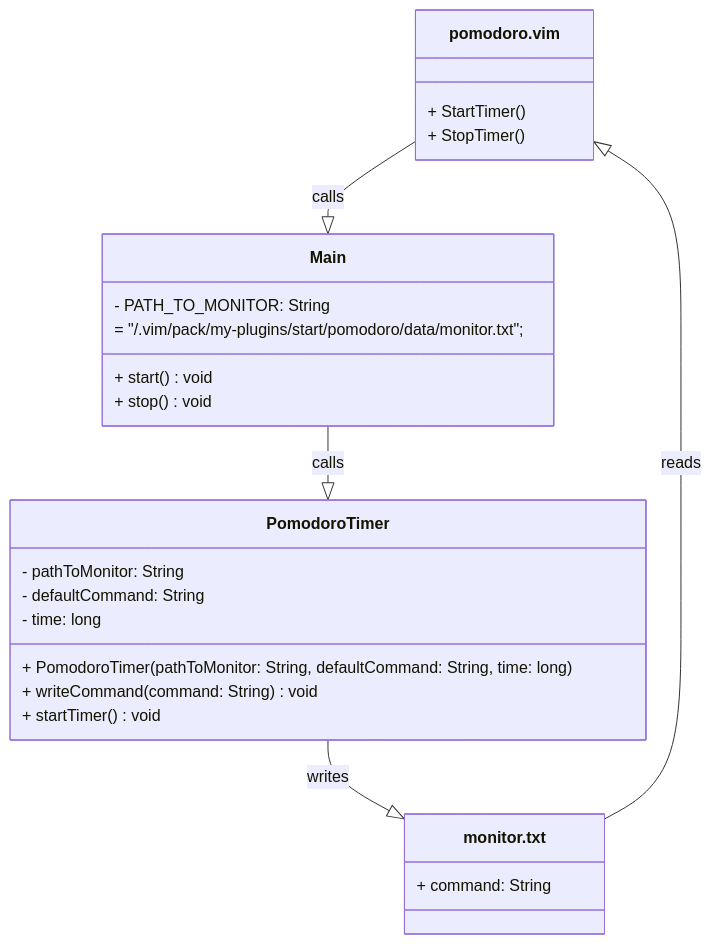
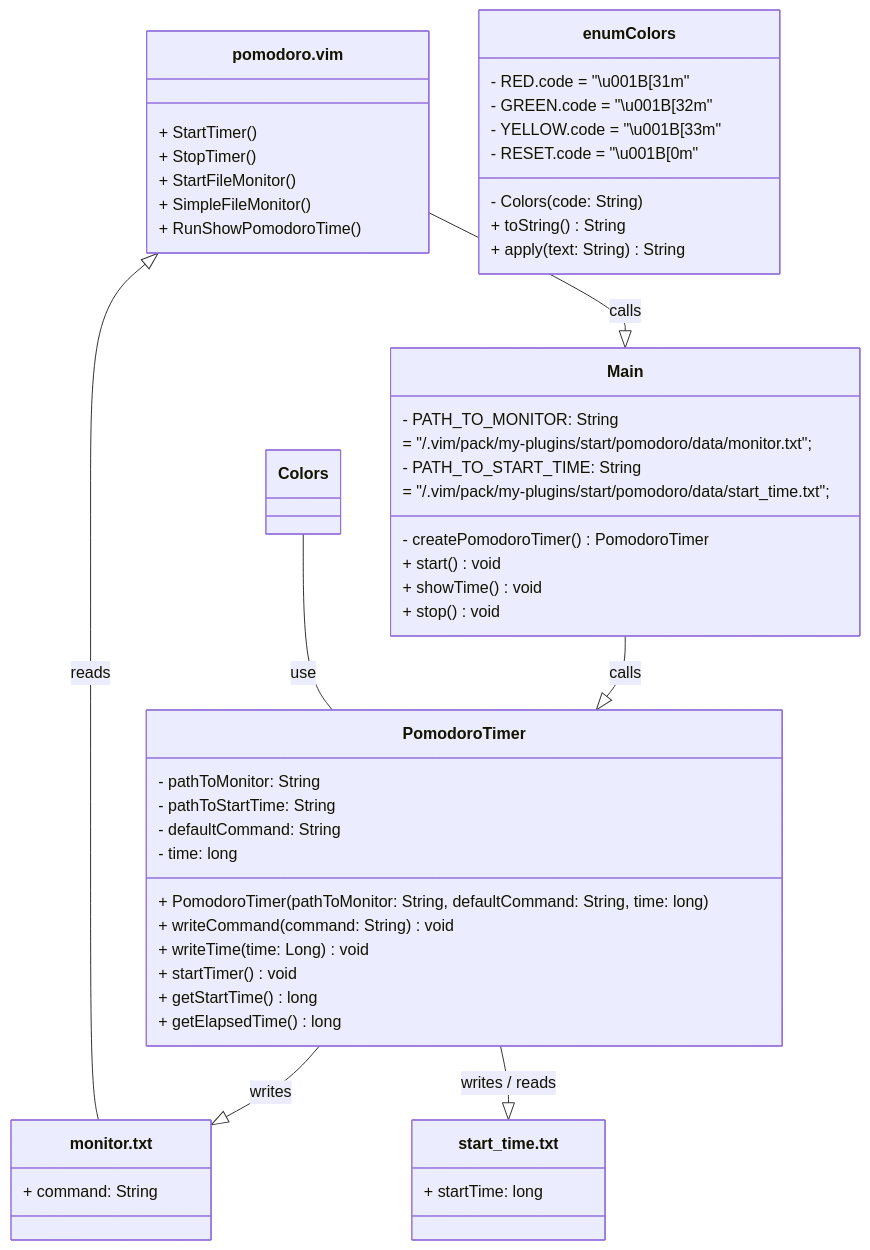
The first of 2 diagrams in pomodoro/README.md (AlexandrAnatoliev/jvim-plugins), drawn with Mermaid before and after one commit. The commit also changed other lines of this file, not shown here.

````diff
--- a/pomodoro/README.md
+++ b/pomodoro/README.md
@@ -143,33 +149,60 @@
 ```mermaid
 classDiagram
   
   class pomodoro.vim {
     + StartTimer()
     + StopTimer()
+    + StartFileMonitor()
+    + SimpleFileMonitor()
+    + RunShowPomodoroTime()
   }
 
   class Main {
     - PATH_TO_MONITOR: String
       = "/.vim/pack/my-plugins/start/pomodoro/data/monitor.txt";
+   - PATH_TO_START_TIME: String 
+      = "/.vim/pack/my-plugins/start/pomodoro/data/start_time.txt";
+    - createPomodoroTimer() PomodoroTimer  
     + start() void
+    + showTime() void
     + stop() void
+  }
+
+  class enum Colors {
+    - RED.code = "\u001B[31m"
+    - GREEN.code = "\u001B[32m"
+    - YELLOW.code = "\u001B[33m"
+    - RESET.code = "\u001B[0m"
+    - Colors(code: String)
+    + toString() String
+    + apply(text: String) String
   }
 
   class PomodoroTimer {
     - pathToMonitor: String
+    - pathToStartTime: String
     - defaultCommand: String
     - time: long
     + PomodoroTimer(pathToMonitor: String, defaultCommand: String, time: long)
     + writeCommand(command: String) void
+    + writeTime(time: Long) void
     + startTimer() void
+    + getStartTime() long
+    + getElapsedTime() long
   }
 
   class monitor.txt {
     + command: String 
   }
 
+  class start_time.txt {
+    + startTime: long 
+  }
+
   pomodoro.vim --|> Main : calls
   Main --|> PomodoroTimer : calls
-  PomodoroTimer --|> monitor.txt : writes
+  Colors -- PomodoroTimer : use
+  PomodoroTimer --|> monitor.txt : writes 
+  PomodoroTimer --|> start_time.txt : writes / reads 
   pomodoro.vim <|-- monitor.txt : reads
 ```
````
